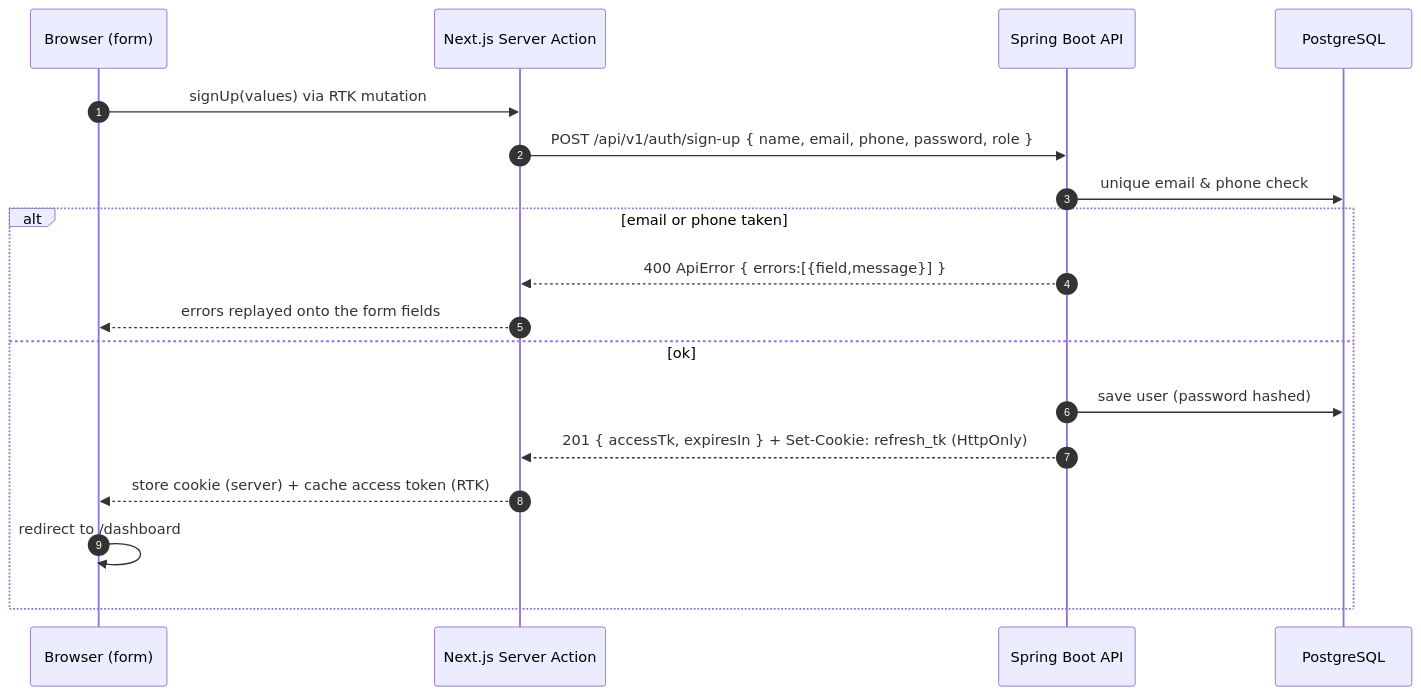
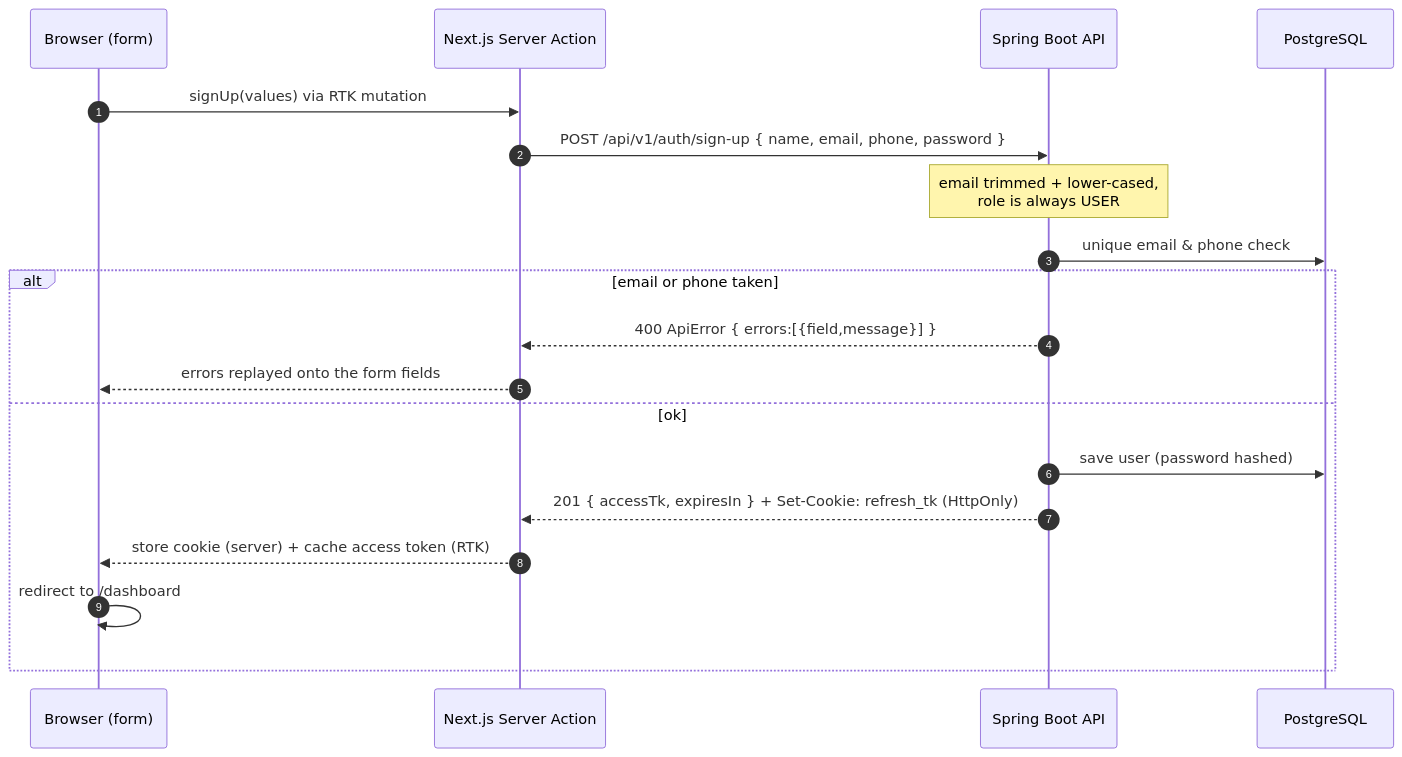
One commit to Umex10/authkit changed the second of 6 diagrams in docs/ARCHITECTURE.md. Above: the diagram before and after it, drawn with Mermaid. The commit also changed other lines of this file and 7 other files, not shown here.

````diff
--- a/docs/ARCHITECTURE.md
+++ b/docs/ARCHITECTURE.md
@@ -60,21 +60,22 @@
 ```mermaid
 sequenceDiagram
     autonumber
     participant U as Browser (form)
     participant A as Next.js Server Action
     participant B as Spring Boot API
     participant DB as PostgreSQL
 
     U->>A: signUp(values) via RTK mutation
-    A->>B: POST /api/v1/auth/sign-up { name, email, phone, password, role }
+    A->>B: POST /api/v1/auth/sign-up { name, email, phone, password }
+    Note over B: email trimmed + lower-cased,<br/>role is always USER
     B->>DB: unique email & phone check
     alt email or phone taken
         B-->>A: 400 ApiError { errors:[{field,message}] }
         A-->>U: errors replayed onto the form fields
     else ok
         B->>DB: save user (password hashed)
         B-->>A: 201 { accessTk, expiresIn } + Set-Cookie: refresh_tk (HttpOnly)
         A-->>U: store cookie (server) + cache access token (RTK)
         U->>U: redirect to /dashboard
     end
 ```
````
